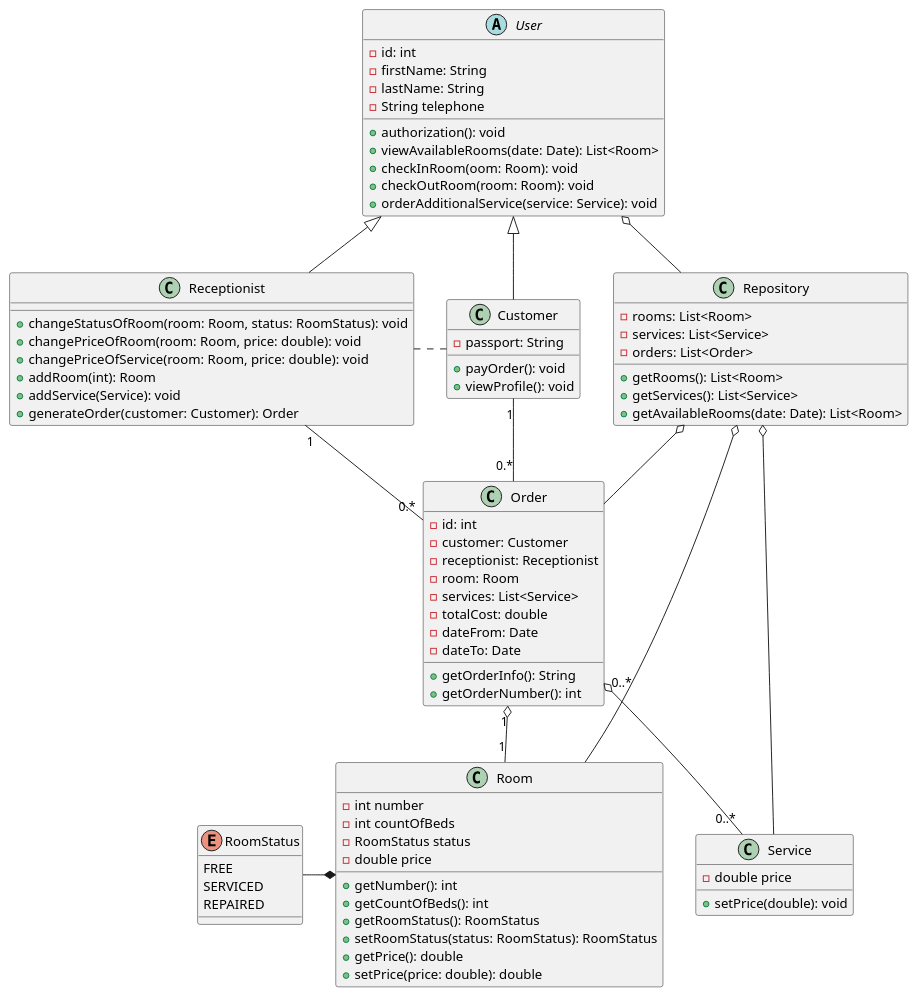
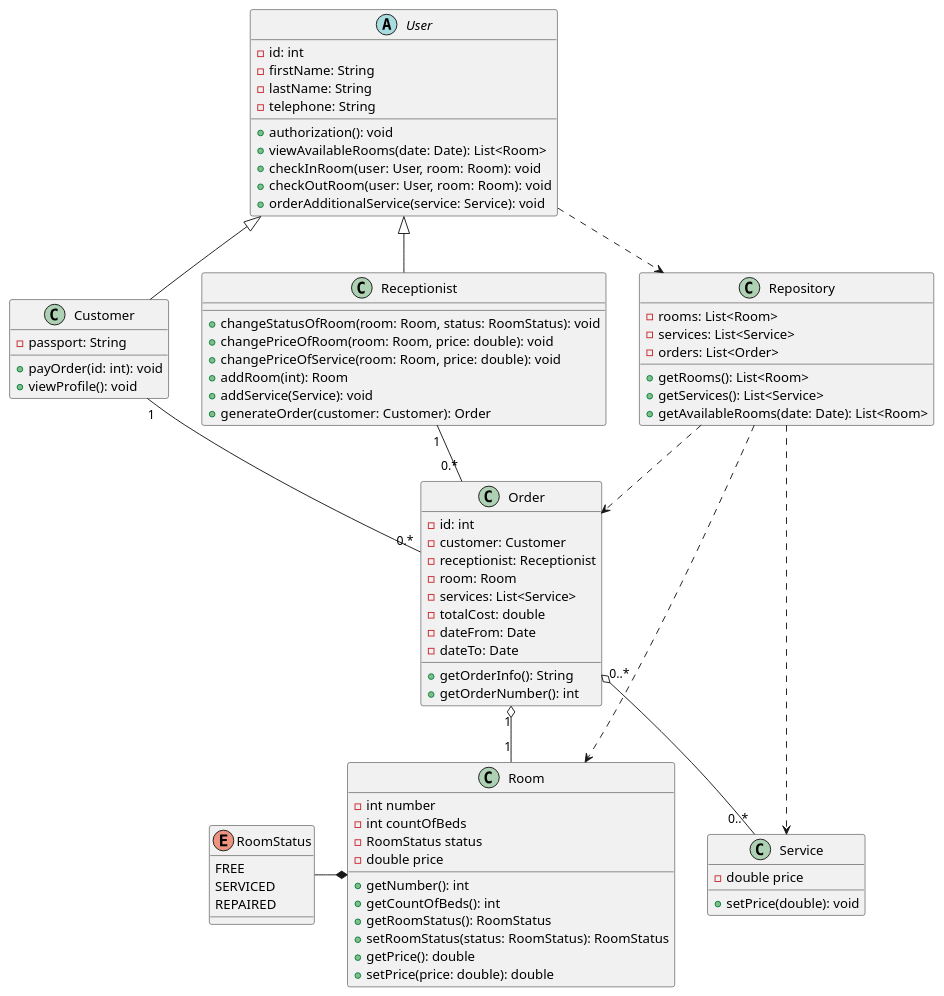
One commit to j1mb1m/JavaCourse2022 changed the diagram in src/by/itacademy/hw19/task2/HotelClassDiagram.puml. Above: the diagram before and after it, drawn with PlantUML.

Commit message:
changed dependencies in the use case

```diff
--- a/src/by/itacademy/hw19/task2/HotelClassDiagram.puml
+++ b/src/by/itacademy/hw19/task2/HotelClassDiagram.puml
@@ -1,93 +1,93 @@
 @startuml
 'https://plantuml.com/class-diagram
 
 abstract class User{
 -id: int
 -firstName: String
 -lastName: String
--String telephone
+-telephone: String
 +authorization(): void
 +viewAvailableRooms(date: Date): List<Room>
-+checkInRoom(oom: Room): void
-+checkOutRoom(room: Room): void
++checkInRoom(user: User, room: Room): void
++checkOutRoom(user: User, room: Room): void
 +orderAdditionalService(service: Service): void
 }
 
 class Customer{
 -passport: String
-+payOrder(): void
++payOrder(id: int): void
 +viewProfile(): void
 }
 
 class Repository{
 -rooms: List<Room>
 -services: List<Service>
 -orders: List<Order>
 +getRooms(): List<Room>
 +getServices(): List<Service>
 +getAvailableRooms(date: Date): List<Room>
 }
 
 class Receptionist{
 +changeStatusOfRoom(room: Room, status: RoomStatus): void
 +changePriceOfRoom(room: Room, price: double): void
 +changePriceOfService(room: Room, price: double): void
 +addRoom(int): Room
 +addService(Service): void
 +generateOrder(customer: Customer): Order
 }
 
 
 User <|-- Customer
 User <|-- Receptionist
 
 class Room{
 -int number
 -int countOfBeds
 -RoomStatus status
 -double price
 +getNumber(): int
 +getCountOfBeds(): int
 +getRoomStatus(): RoomStatus
 +setRoomStatus(status: RoomStatus): RoomStatus
 +getPrice(): double
 +setPrice(price: double): double
 }
 
 class Order{
 -id: int
 -customer: Customer
 -receptionist: Receptionist
 -room: Room
 -services: List<Service>
 -totalCost: double
 -dateFrom: Date
 -dateTo: Date
 +getOrderInfo(): String
 +getOrderNumber(): int
 }
 
 class Service{
 -double price
 +setPrice(double): void
 }
 
 enum RoomStatus{
 FREE
 SERVICED
 REPAIRED
 }
-User o-- Repository
+User ..> Repository
 RoomStatus -* Room
 Order "1" o-- "1" Room
 Order "0..*" o-- "0..*" Service
-Receptionist . Customer
+'Receptionist . Customer
 Receptionist "1"--"0.*" Order
-Customer "1"-"0.*" Order
-Repository o--- Room
-Repository o--- Service
-Repository o-- Order
+Customer "1"--"0.*" Order
+Repository ...> Room
+Repository ..> Service
+Repository ..> Order
 
 
 
 @enduml
```
